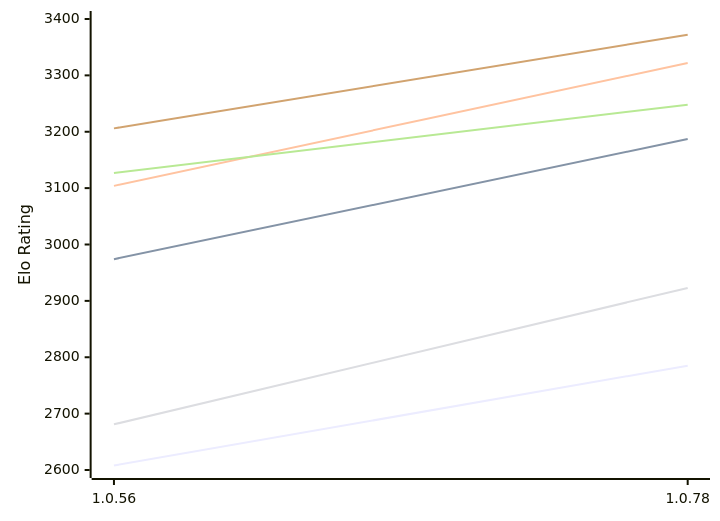
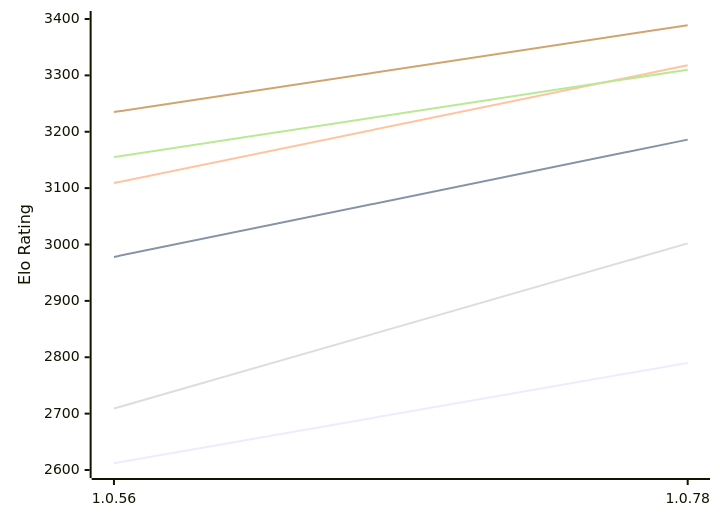
Before and after one commit to computer-chess-index/cci: the first of 2 diagrams in engines/RustyRival.md, drawn with Mermaid. The commit also changed other lines of this file, not shown here.

Commit message:
Update CCI Ratings (ELO VLTC) - 2026-10-21

````diff
--- a/engines/RustyRival.md
+++ b/engines/RustyRival.md
@@ -63,12 +63,12 @@
 ```mermaid
 %%{init: {"theme":"base","themeVariables":{"seriesColors:['#a3a3a3','#222221','#faa371']}}}%%
 xychart-beta
   x-axis ["1.0.56", "1.0.78"]
   y-axis "Elo Rating" 2600 --> 3400
-  line "E1: STC (8.0+0.08s)" [2608, 2785]
-  line "E1: LTC (60.0+0.60s)" [2974, 3187]
-  line "E1: VLTC (2m24s+1.12s)" [3104, 3322]
-  line "P1: STC (8.0+0.08s)" [2681, 2923]
-  line "P1: LTC (60.0+0.60s)" [3127, 3248]
-  line "P1: VLTC (2m24s+1.12s)" [3206, 3372]
+  line "E1: STC (8.0+0.08s)" [2612, 2790]
+  line "E1: LTC (60.0+0.60s)" [2978, 3186]
+  line "E1: VLTC (2m24s+1.12s)" [3109, 3318]
+  line "P1: STC (8.0+0.08s)" [2709, 3002]
+  line "P1: LTC (60.0+0.60s)" [3155, 3310]
+  line "P1: VLTC (2m24s+1.12s)" [3235, 3389]
 ```
````
